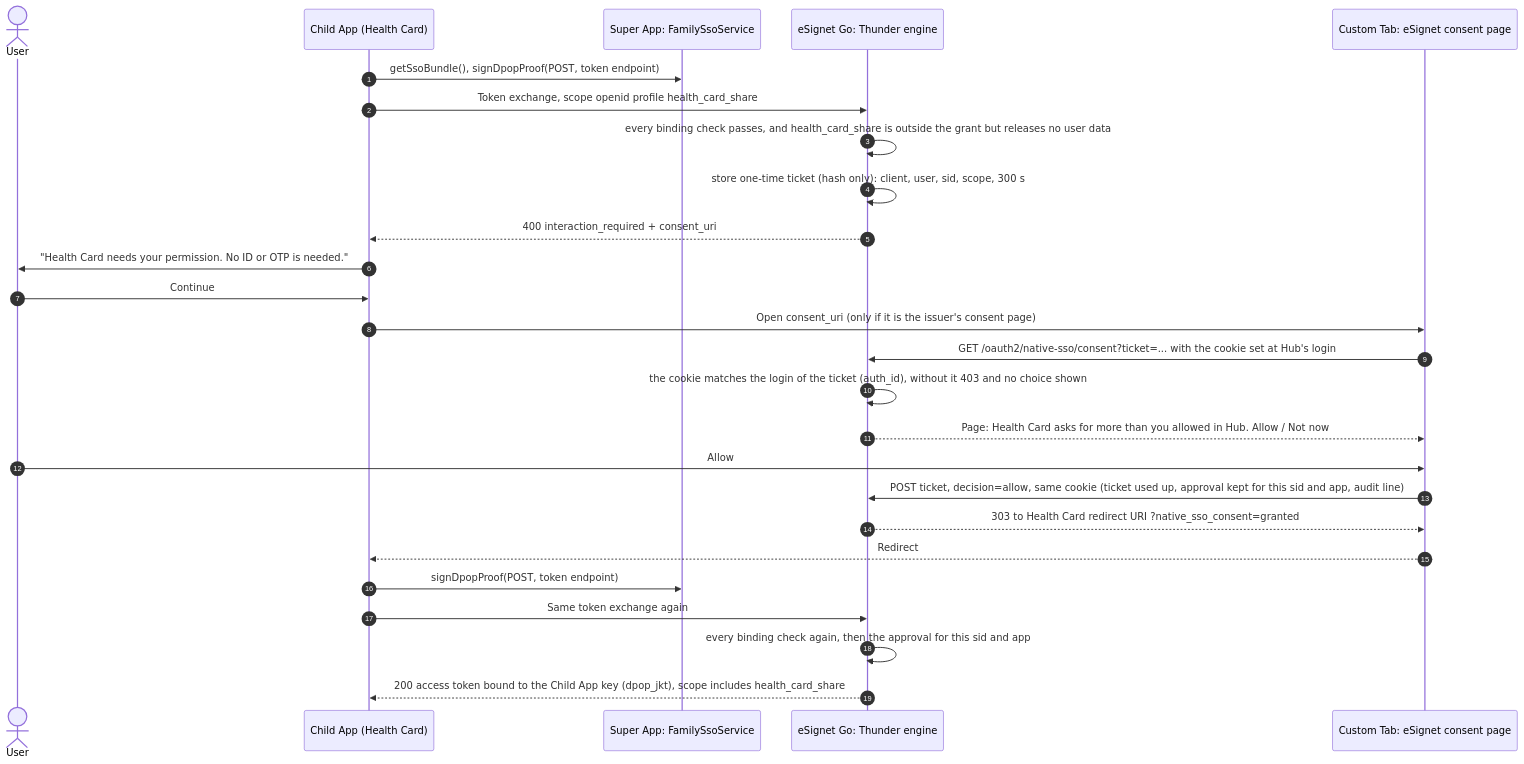
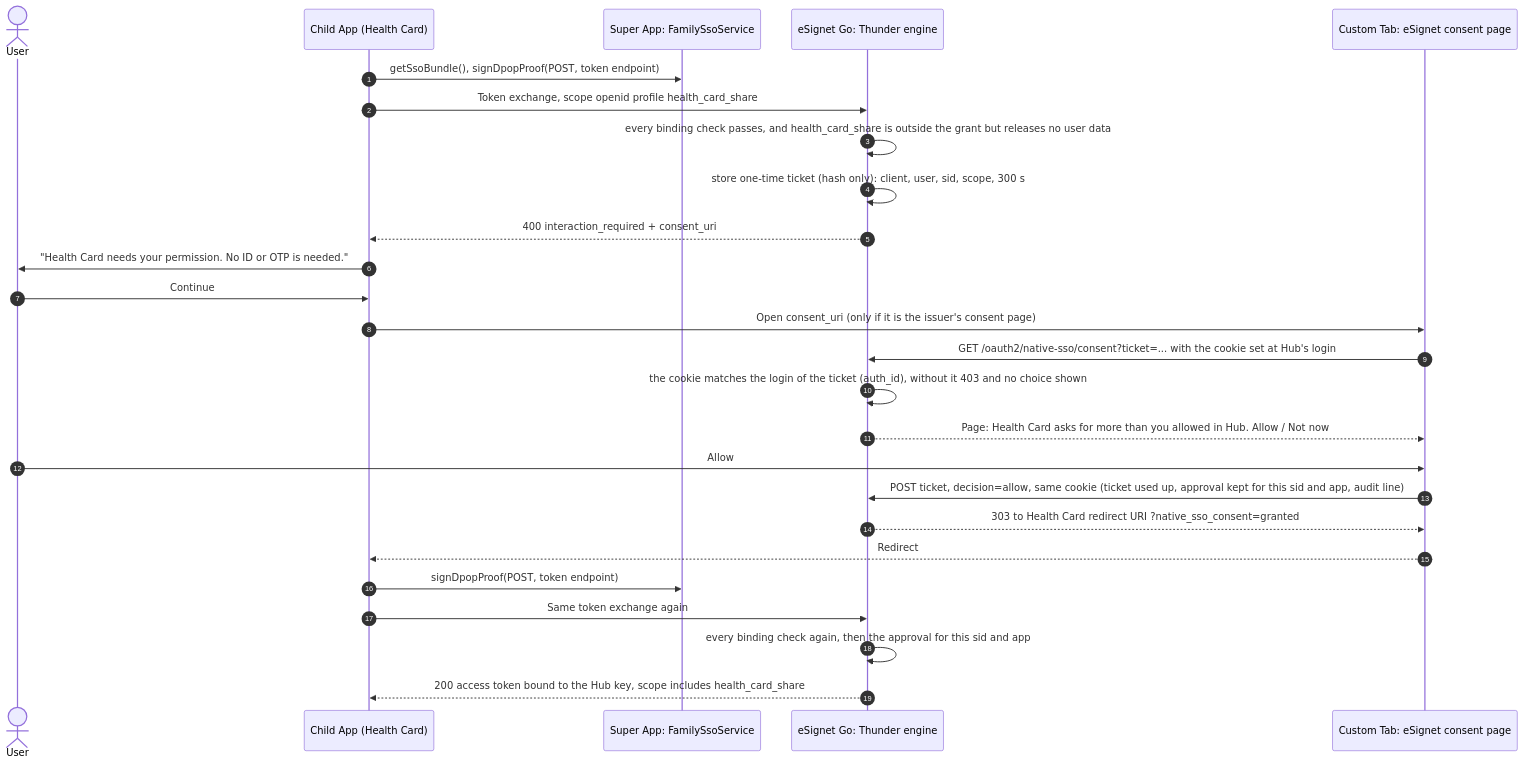
Before and after one commit to Paradox-73/Enable_Native_SSO_in_eSignet_Go_for_Mobile_Apps: the diagram in docs/diagrams/seq-consent-only.mmd, drawn with Mermaid. The commit also changed 21 other files, not shown here.

```diff
--- a/docs/diagrams/seq-consent-only.mmd
+++ b/docs/diagrams/seq-consent-only.mmd
@@ -1,27 +1,27 @@
 sequenceDiagram
   autonumber
   actor U as User
   participant C as Child App (Health Card)
   participant H as Super App: FamilySsoService
   participant T as eSignet Go: Thunder engine
   participant B as Custom Tab: eSignet consent page
 
   C->>H: getSsoBundle(), signDpopProof(POST, token endpoint)
   C->>T: Token exchange, scope openid profile health_card_share
   T->>T: every binding check passes, and health_card_share is outside the grant but releases no user data
   T->>T: store one-time ticket (hash only): client, user, sid, scope, 300 s
   T-->>C: 400 interaction_required + consent_uri
   C->>U: "Health Card needs your permission. No ID or OTP is needed."
   U->>C: Continue
   C->>B: Open consent_uri (only if it is the issuer's consent page)
   B->>T: GET /oauth2/native-sso/consent?ticket=... with the cookie set at Hub's login
   T->>T: the cookie matches the login of the ticket (auth_id), without it 403 and no choice shown
   T-->>B: Page: Health Card asks for more than you allowed in Hub. Allow / Not now
   U->>B: Allow
   B->>T: POST ticket, decision=allow, same cookie (ticket used up, approval kept for this sid and app, audit line)
   T-->>B: 303 to Health Card redirect URI ?native_sso_consent=granted
   B-->>C: Redirect
   C->>H: signDpopProof(POST, token endpoint)
   C->>T: Same token exchange again
   T->>T: every binding check again, then the approval for this sid and app
-  T-->>C: 200 access token bound to the Child App key (dpop_jkt), scope includes health_card_share
+  T-->>C: 200 access token bound to the Hub key, scope includes health_card_share
```
